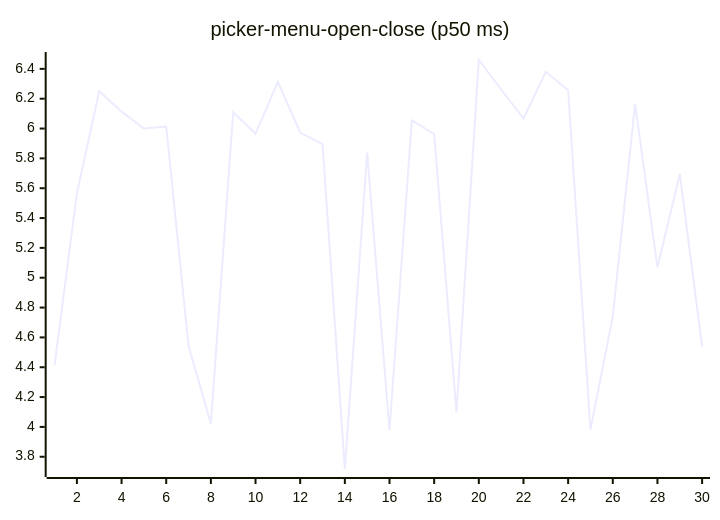
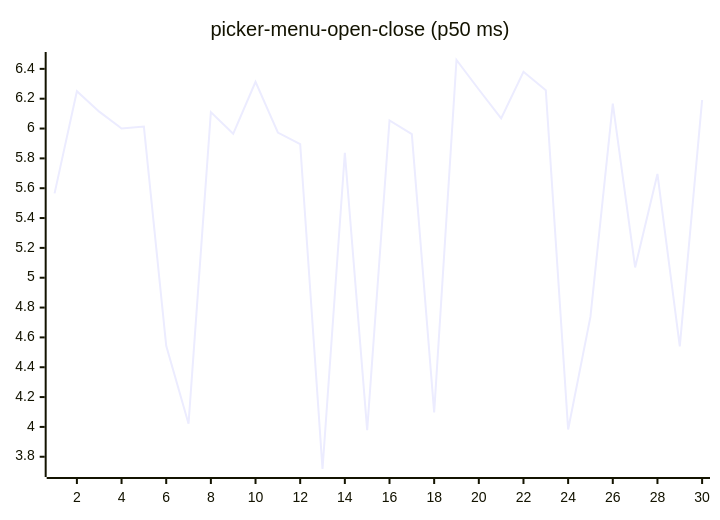
One commit to josha/Facet changed diagram 16 of 27 in README.md. Above: the diagram before and after it, drawn with Mermaid. The commit also changed other lines of this file and 2 other files, not shown here.

````diff
--- a/README.md
+++ b/README.md
@@ -168,6 +168,6 @@
 ```mermaid
 xychart-beta
     title "picker-menu-open-close (p50 ms)"
     x-axis 1 --> 30
-    line [4.4145, 5.5656, 6.2500, 6.1133, 6.0006, 6.0128, 4.5439, 4.0216, 6.1100, 5.9646, 6.3137, 5.9733, 5.8960, 3.7179, 5.8378, 3.9788, 6.0543, 5.9629, 4.0972, 6.4594, 6.2618, 6.0678, 6.3801, 6.2569, 3.9826, 4.7388, 6.1676, 5.0690, 5.6954, 4.5402]
+    line [5.5656, 6.2500, 6.1133, 6.0006, 6.0128, 4.5439, 4.0216, 6.1100, 5.9646, 6.3137, 5.9733, 5.8960, 3.7179, 5.8378, 3.9788, 6.0543, 5.9629, 4.0972, 6.4594, 6.2618, 6.0678, 6.3801, 6.2569, 3.9826, 4.7388, 6.1676, 5.0690, 5.6954, 4.5402, 6.1912]
 ```
````
